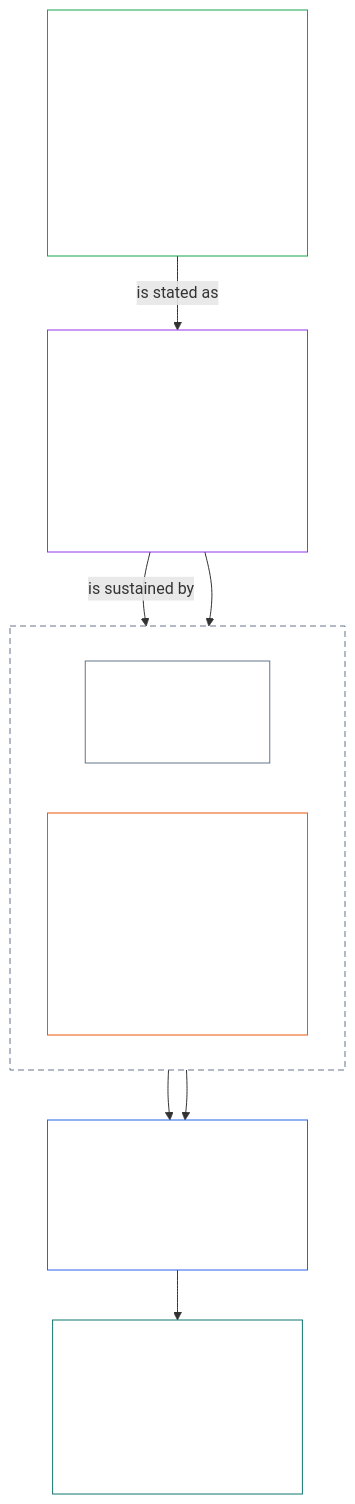
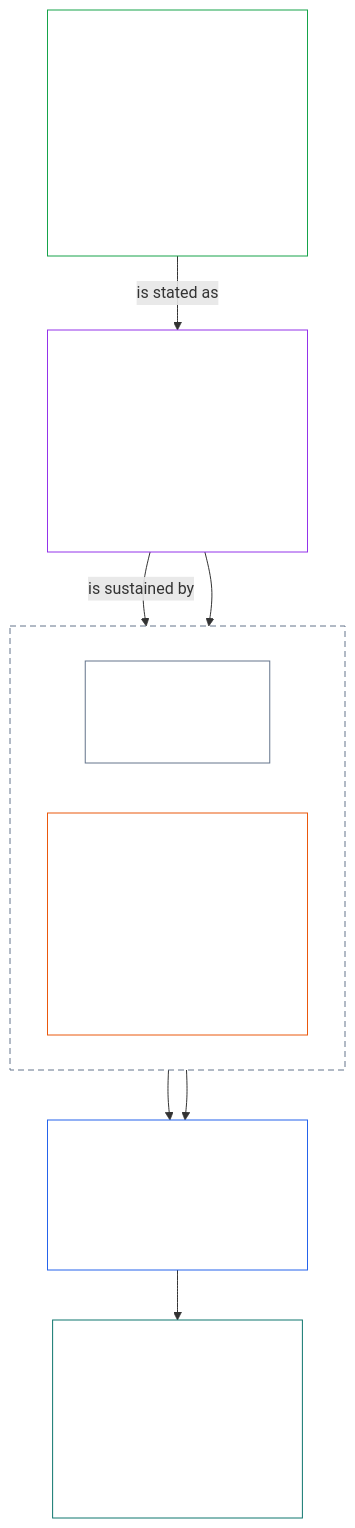
One commit to kfoelsch/Sentient_Constitution changed the second of 3 diagrams in core_01_a_values_principles.md. Above: the diagram before and after it, drawn with Mermaid. The commit also changed other lines of this file and 51 other files, not shown here.

````diff
--- a/core_01_a_values_principles.md
+++ b/core_01_a_values_principles.md
@@ -198,25 +198,25 @@
 ```mermaid
 flowchart TB
     F["Flourishing aim<br/><br/>• Sentient wellbeing sustained through truth, safety,<br/>trustworthiness, and meaningful agency<br/>• Always bounded by the Rights Floor"]
     W["§3 Wellbeing (the outcome)<br/><br/>• §3.1 Fairness<br/>• §3.2 Recognition, Reinforcement, and Aspiration<br/>• §3.3 Anti-Degrading Process"]
     subgraph NN["Non-Negotiable (§2.1)"]
         direction LR
         S["§4 Safety<br/><br/>• Harm constraint"]
         T["§5 Truth<br/><br/>• Epistemic integrity<br/>• §5.1 Science-Informed Inquiry<br/>and Decision Support<br/>• §5.2 Plain-Language Accessibility"]
     end
     R["§6 Trust<br/><br/>• Coordination integrity<br/>• §6.1 Correction and Remedy"]
-    G["§7 Freedom<br/><br/>• Bounded agency<br/>• §7.1 Limitation Discipline<br/>• §7.2 to §7.4 Assembly,<br/>dissent, and exit"]
+    G["§7 Freedom<br/><br/>• Bounded agency<br/>• §7.1 Limitation Discipline<br/>• §7.2 to §7.5 Assembly,<br/>dissent, exit, and<br/>expression limits"]
     F -->|"is stated as"| W
     W -->|"is sustained by"| S
     W --> T
     S --> R
     T --> R
     R --> G
     style NN fill:none,stroke:#64748b,stroke-dasharray:6 4,color:#ffffff
     style F fill:none,stroke:#16a34a,color:#ffffff
     style W fill:none,stroke:#9333ea,color:#ffffff
     style S fill:none,stroke:#64748b,color:#ffffff
     style T fill:none,stroke:#ea580c,color:#ffffff
     style R fill:none,stroke:#2563eb,color:#ffffff
     style G fill:none,stroke:#0f766e,color:#ffffff
 ```
````
